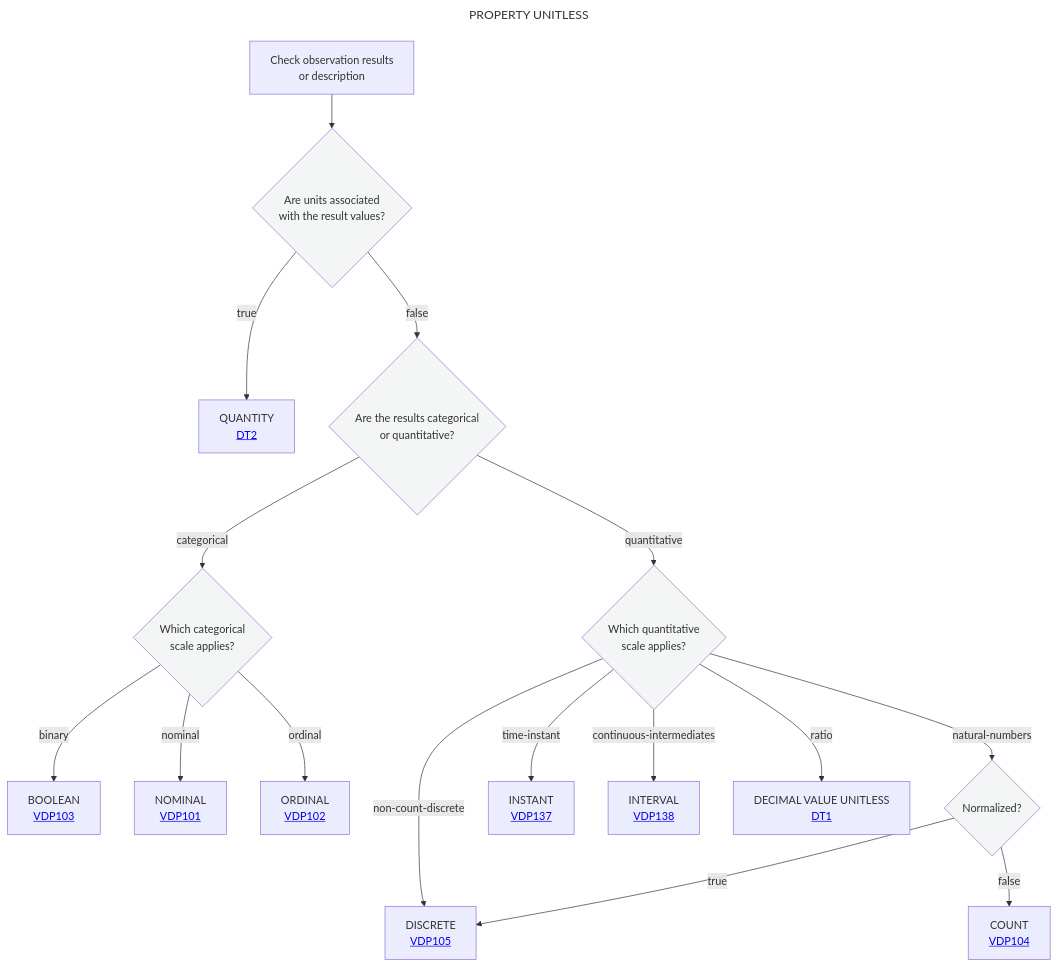
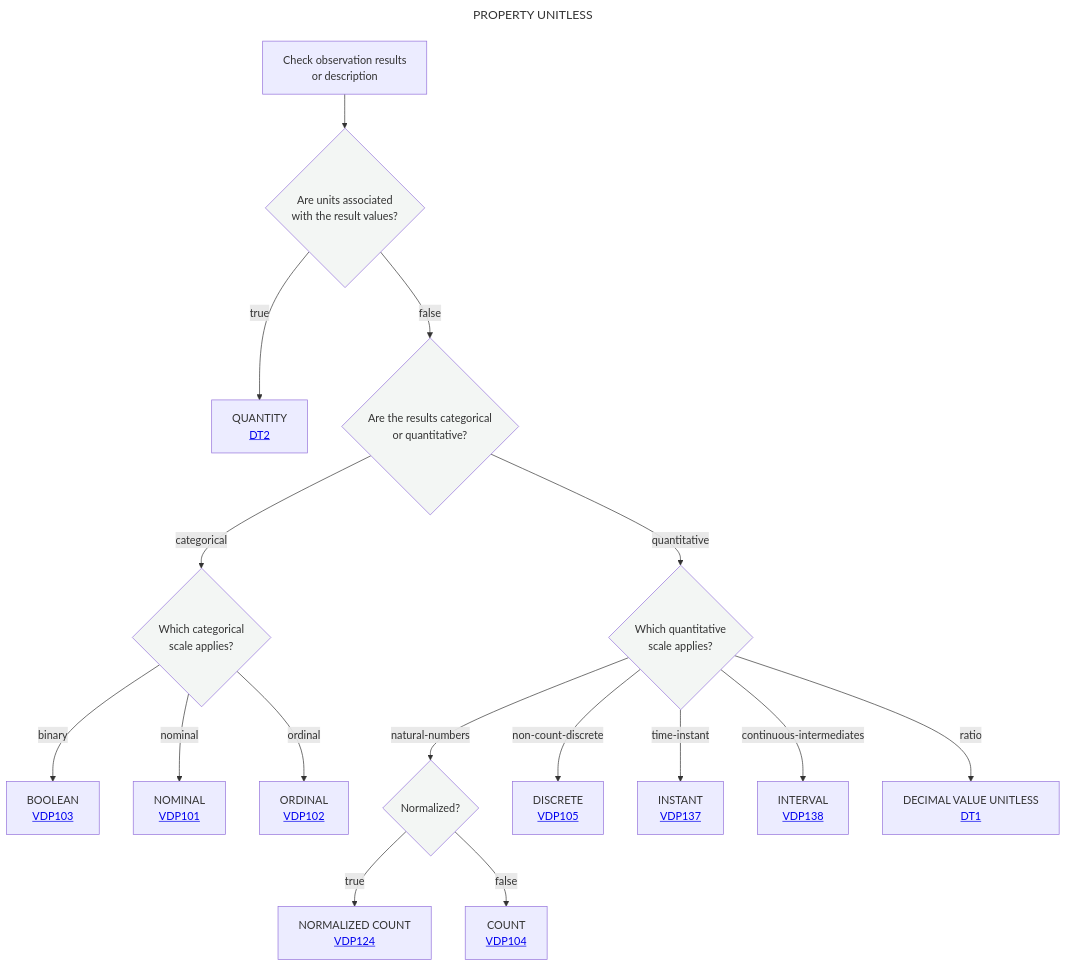
One commit to mabablue/I-ADOPT-patterns-playground changed the diagram in Decisition_trees/DT0.mmd. Above: the diagram before and after it, drawn with Mermaid.

```diff
--- a/Decisition_trees/DT0.mmd
+++ b/Decisition_trees/DT0.mmd
@@ -1,30 +1,30 @@
 ---
 title: PROPERTY UNITLESS
 ---
 flowchart TD
     A[Check observation results <br> or description] --> B{Are units associated <br> with the result values?}:::white
     
     %% Branch: Units Present -> QUANTITY (Ratio Scale with Units)
     B --> |true|N[QUANTITY <br> <a href='https://github.com/mabablue/I-ADOPT-patterns-playground/blob/main/Decisition_trees/DT2.mmd'>DT2</a><br>]
     
     %% Branch: Unitless Path
     B --> |false|C{Are the results categorical <br> or quantitative?}:::white
     
     %% Categorical Branch (Binary, Nominal, Ordinal)
     C -- categorical --> D{Which categorical <br> scale applies?}:::white
     D -- binary --> E[BOOLEAN <br> <a href='https://github.com/mabablue/I-ADOPT-patterns-playground/blob/main/pattern/VDP103.yaml'>VDP103</a><br>]
     D -- nominal -->F[NOMINAL <br> <a href='https://github.com/mabablue/I-ADOPT-patterns-playground/blob/main/pattern/VDP101.yaml'>VDP101</a><br>]
     D -- ordinal -->G[ORDINAL <br> <a href='https://github.com/mabablue/I-ADOPT-patterns-playground/blob/main/pattern/VDP102.yaml'>VDP102</a><br>]
     C -- quantitative -->H{Which quantitative <br> scale applies?}:::white
     H -- natural-numbers -->I{Normalized?}:::white
-    I --> |true|O[NORMALIZED COUNT <br> <a href='https://github.com/mabablue/I-ADOPT-patterns-playground/blob/main/pattern/VDP124.yaml'>VDP124</a><br>]
+    I --> |true|Q[NORMALIZED COUNT <br> <a href='https://github.com/mabablue/I-ADOPT-patterns-playground/blob/main/pattern/VDP124.yaml'>VDP124</a><br>]
     I --> |false|P[COUNT <br> <a href='https://github.com/mabablue/I-ADOPT-patterns-playground/blob/main/pattern/VDP104.yaml'>VDP104</a><br>]
     H -- non-count-discrete -->O[DISCRETE <br> <a href='https://github.com/mabablue/I-ADOPT-patterns-playground/blob/main/pattern/VDP104.yaml'>VDP105</a><br>]
     H -- time-instant -->K[INSTANT <br> <a href='https://github.com/mabablue/I-ADOPT-patterns-playground/blob/main/pattern/VDP137.yaml'>VDP137</a><br>]
     H -- continuous-intermediates -->L[INTERVAL <br> <a href='https://github.com/mabablue/I-ADOPT-patterns-playground/blob/main/pattern/VDP138.yaml'>VDP138</a><br>]
     H -- ratio -->M[DECIMAL VALUE UNITLESS <br> <a href='https://github.com/mabablue/I-ADOPT-patterns-playground/blob/main/Decisition_trees/DT1.mmd'>DT1</a><br>]
 
     classDef blue fill:#90D5FF
     classDef satblue fill:#57B9FF
     classDef white fill:#f3f6f4
     classDef green fill:#6aa84f
```
